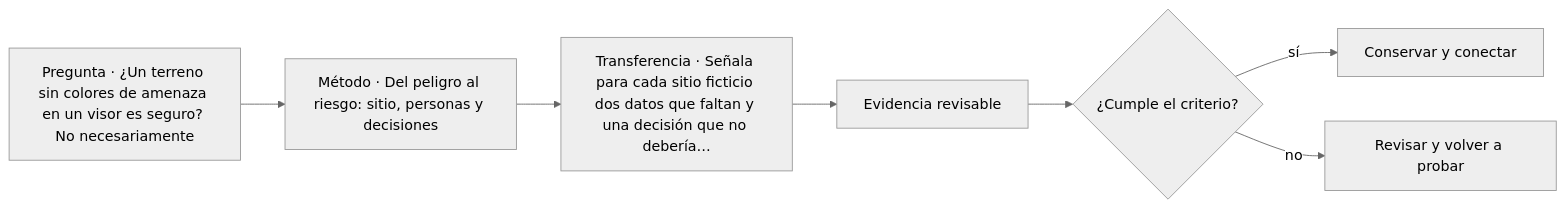
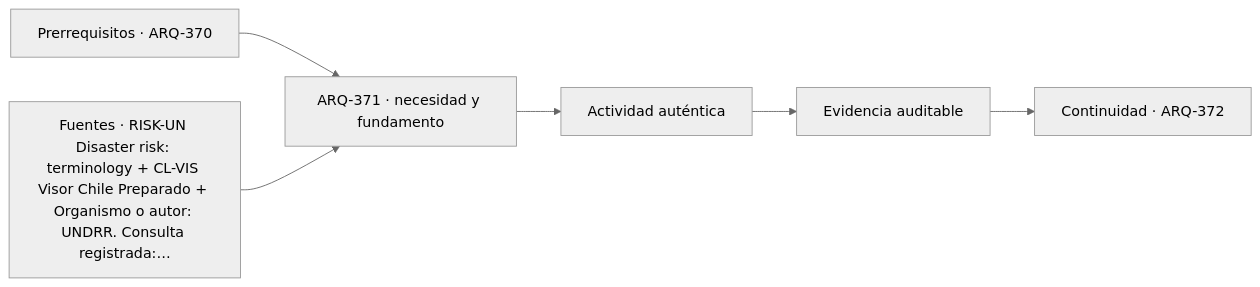
One commit to vladimiracunadev-create/architecture-built-environment-learning-program changed the diagram in classes/parte-38/ARQ-371.md. Above: the diagram before and after it, drawn with Mermaid (neutral theme). The commit also changed other lines of this file and 761 other files, not shown here.

````diff
--- a/classes/parte-38/ARQ-371.md
+++ b/classes/parte-38/ARQ-371.md
@@ -113,9 +125,8 @@
 ```mermaid
 flowchart LR
-    Q["Pregunta · ¿Un terreno sin colores de amenaza en un visor es seguro? No necesariamente"] --> M["Método · Del peligro al riesgo: sitio, personas y decisiones"]
-    M --> P["Transferencia · Señala para cada sitio ficticio dos datos que faltan y una decisión que no debería…"]
-    P --> E["Evidencia revisable"]
-    E --> C{"¿Cumple el criterio?"}
-    C -->|sí| T["Conservar y conectar"]
-    C -->|no| R["Revisar y volver a probar"]
+    A["Prerrequisitos · ARQ-370"] --> B["ARQ-371 · necesidad y fundamento"]
+    S["Fuentes · RISK-UN Disaster risk: terminology + CL-VIS Visor Chile Preparado + Organismo o autor: UNDRR. Consulta registrada:…"] --> B
+    B --> C["Actividad auténtica"]
+    C --> D["Evidencia auditable"]
+    D --> E["Continuidad · ARQ-372"]
 ```
````
